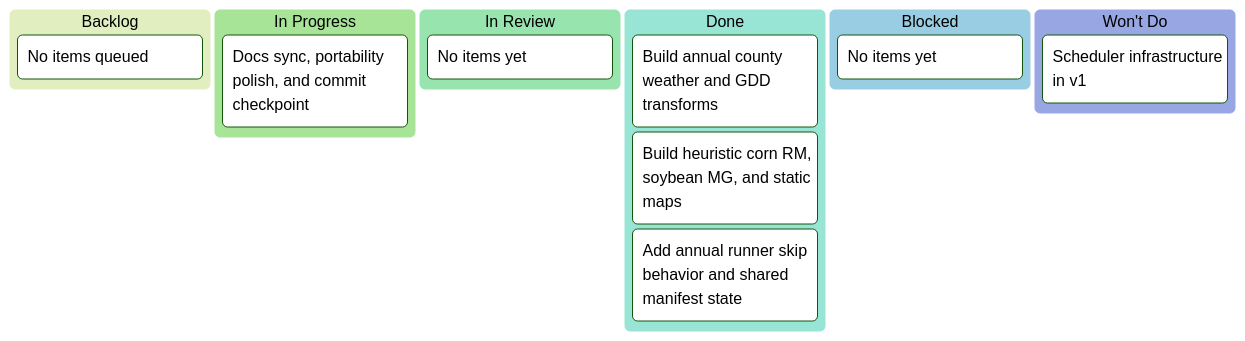
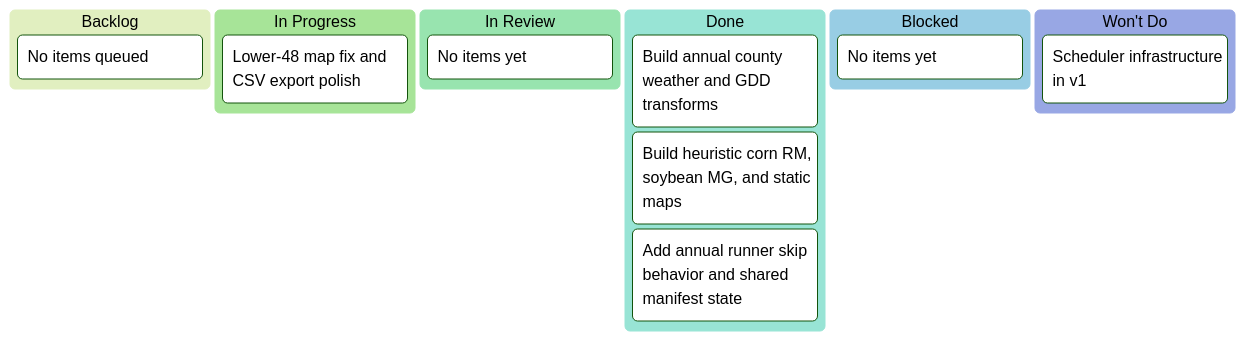
The diagram in docs/project/kanban/project-maturity-by-fips.md (SuperiorByteWorks-LLC/ag-skills-demo), drawn with Mermaid (forest theme) before and after one commit. The commit also changed other lines of this file and 242 other files, not shown here.

````diff
--- a/docs/project/kanban/project-maturity-by-fips.md
+++ b/docs/project/kanban/project-maturity-by-fips.md
@@ -16,17 +16,17 @@
 ```mermaid
 kanban
     Backlog
         [No items queued]
     In Progress
-        task3[Docs sync, portability polish, and commit checkpoint]
+        task3[Lower-48 map fix and CSV export polish]
     In Review
         [No items yet]
     Done
         task1[Build annual county weather and GDD transforms]
         task2[Build heuristic corn RM, soybean MG, and static maps]
         task4[Add annual runner skip behavior and shared manifest state]
     Blocked
         [No items yet]
     Won't Do
         task4[Scheduler infrastructure in v1]
 ```
````
